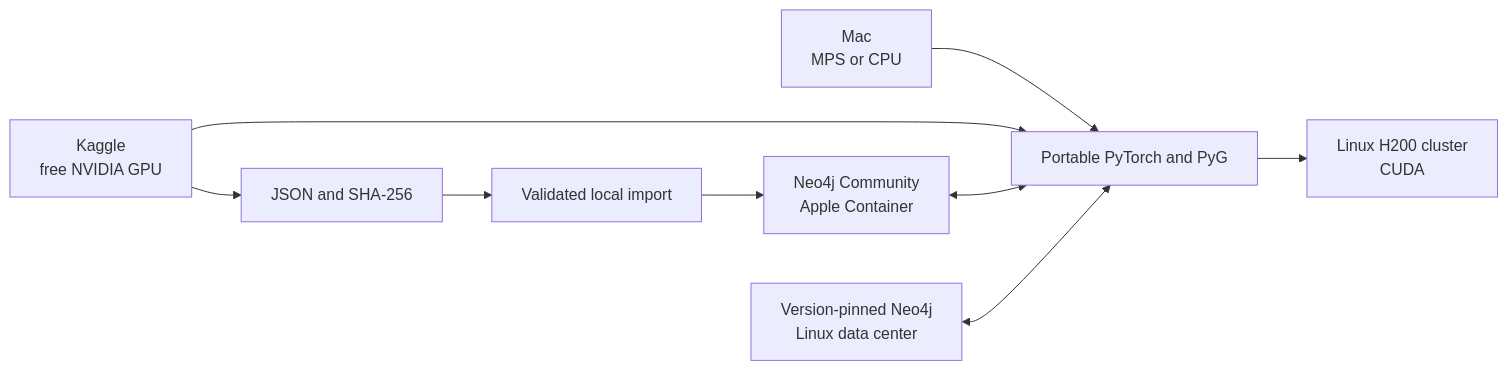
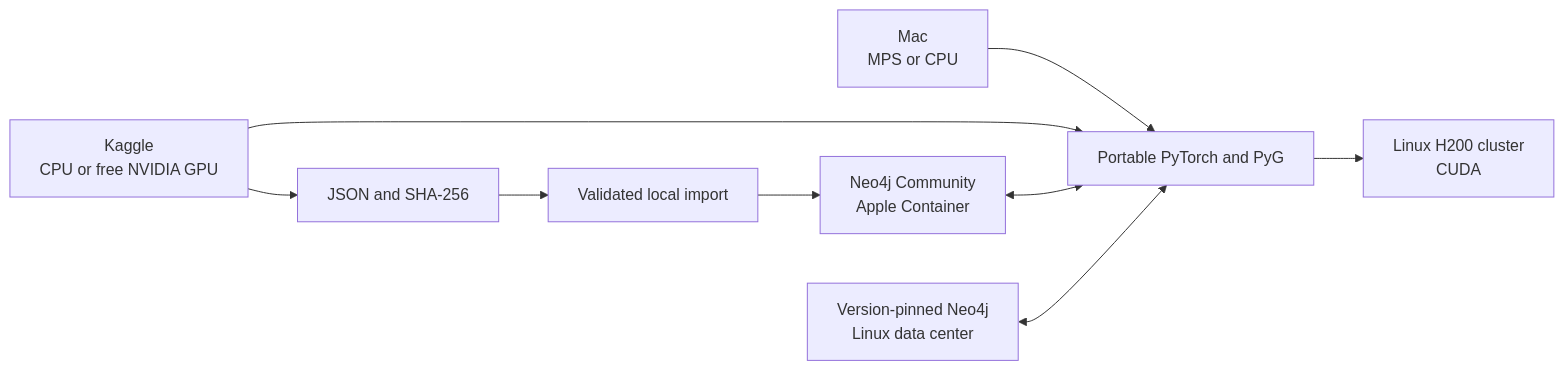
Before and after one commit to gh-andirdju/ml: the diagram in README.md, drawn with Mermaid. The commit also changed other lines of this file and 20 other files, not shown here.

Commit message:
Add Kaggle CPU comparison proofs

````diff
--- a/README.md
+++ b/README.md
@@ -11,11 +11,11 @@
 ```mermaid
 flowchart LR
     mac[Mac<br/>MPS or CPU] --> shared[Portable PyTorch and PyG]
-    kaggle[Kaggle<br/>free NVIDIA GPU] --> shared
+    kaggle[Kaggle<br/>CPU or free NVIDIA GPU] --> shared
     shared --> h200[Linux H200 cluster<br/>CUDA]
     kaggle --> artifact[JSON and SHA-256]
     artifact --> importer[Validated local import]
     importer --> localdb
     localdb[Neo4j Community<br/>Apple Container] <--> shared
     graphdb[Version-pinned Neo4j<br/>Linux data center] <--> shared
 ```
````
